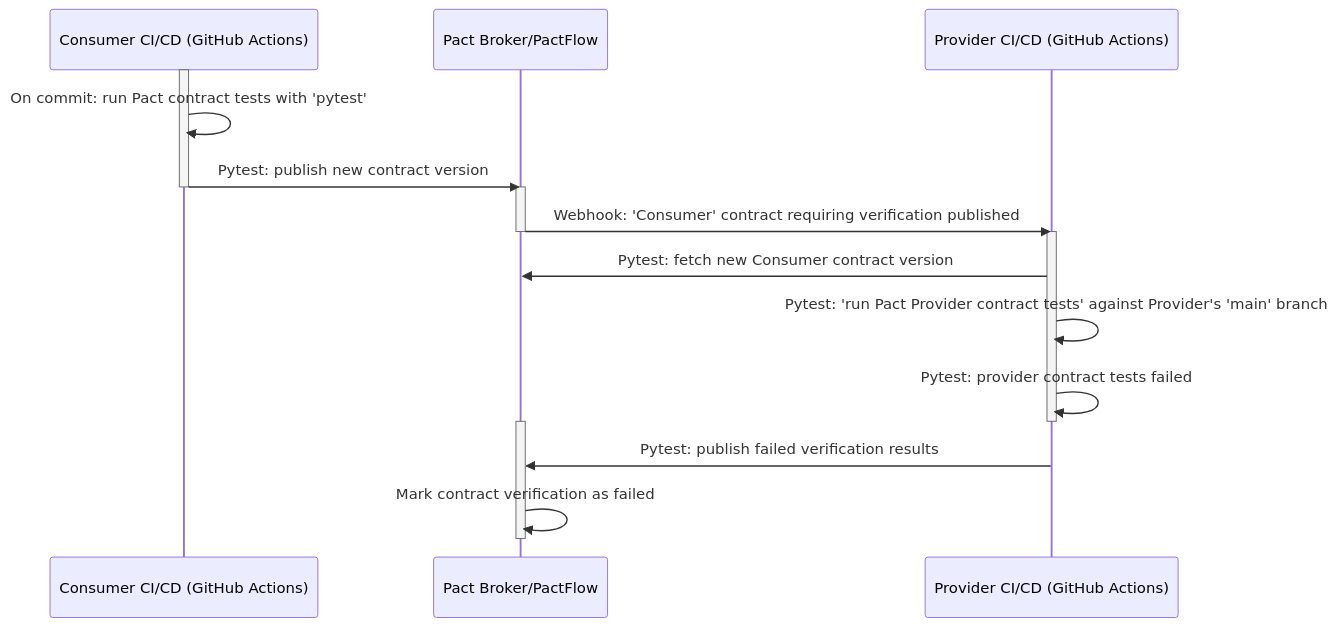
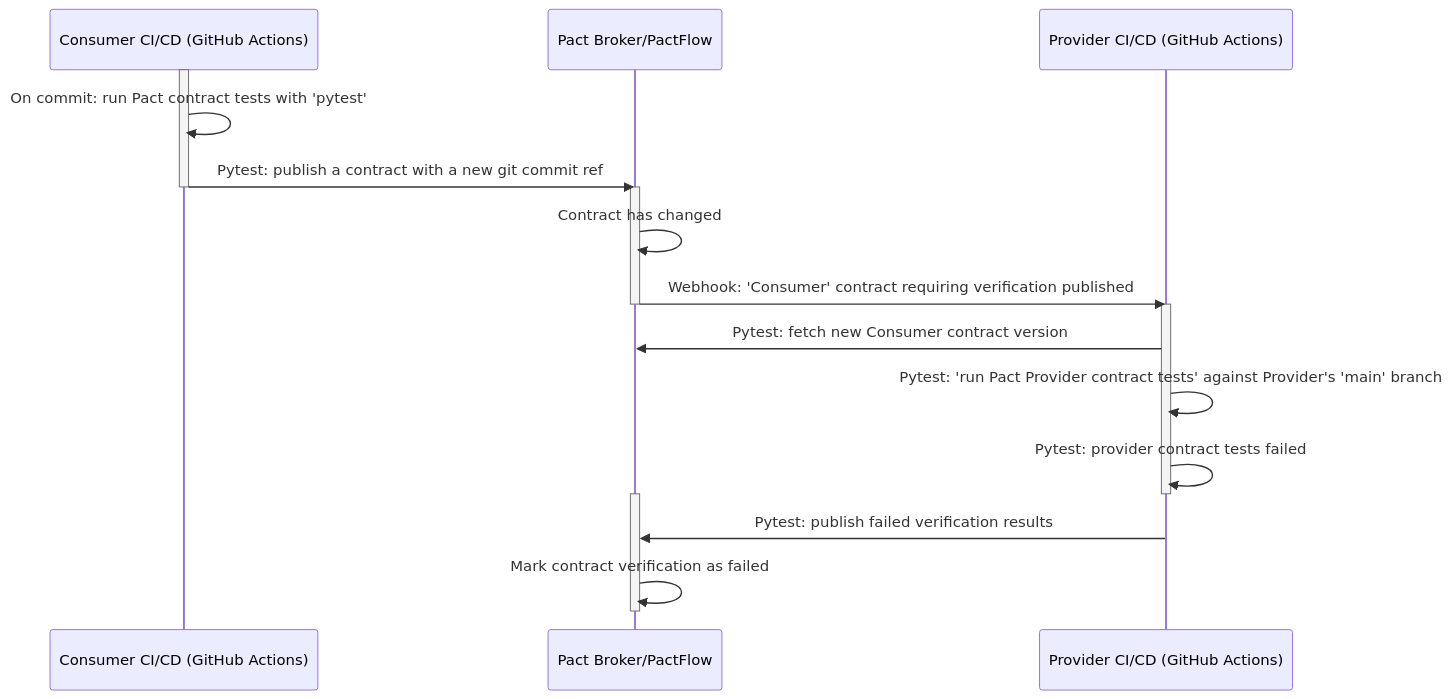
One commit to filipsnastins/consumer-driven-contract-testing-with-pact changed the second of 5 diagrams in README.md. Above: the diagram before and after it, drawn with Mermaid. The commit also changed other lines of this file, not shown here.

````diff
--- a/README.md
+++ b/README.md
@@ -480,26 +483,27 @@
 ```mermaid
 sequenceDiagram
     participant Consumer as Consumer CI/CD (GitHub Actions)
     participant PactBroker as Pact Broker/PactFlow
     participant Provider as Provider CI/CD (GitHub Actions)
 
     activate Consumer
     Consumer->>Consumer: On commit: run Pact contract tests with 'pytest'
-    Consumer->>PactBroker: Pytest: publish new contract version
+    Consumer->>PactBroker: Pytest: publish a contract with a new git commit ref
     deactivate Consumer
 
     activate PactBroker
+    PactBroker->>PactBroker: Contract has changed
     PactBroker->>Provider: Webhook: 'Consumer' contract requiring verification published
     deactivate PactBroker
 
     activate Provider
     Provider->>PactBroker: Pytest: fetch new Consumer contract version
     Provider->>Provider: Pytest: 'run Pact Provider contract tests' against Provider's 'main' branch
     Provider->>Provider: Pytest: provider contract tests failed
     deactivate Provider
 
     activate PactBroker
     Provider->>PactBroker: Pytest: publish failed verification results
     PactBroker->>PactBroker: Mark contract verification as failed
     deactivate PactBroker
 ```
````
